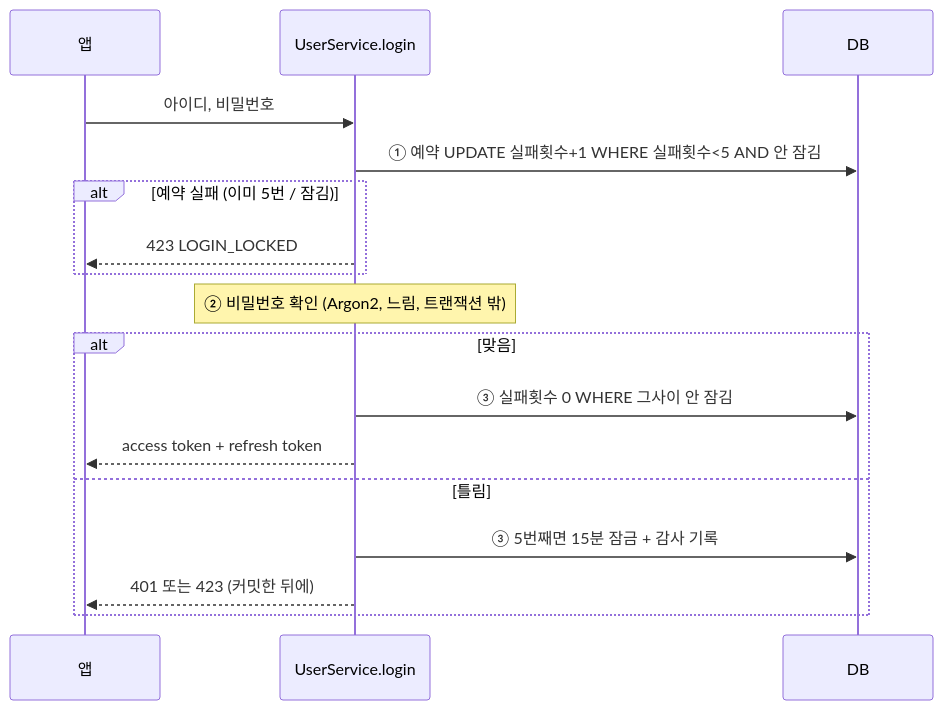
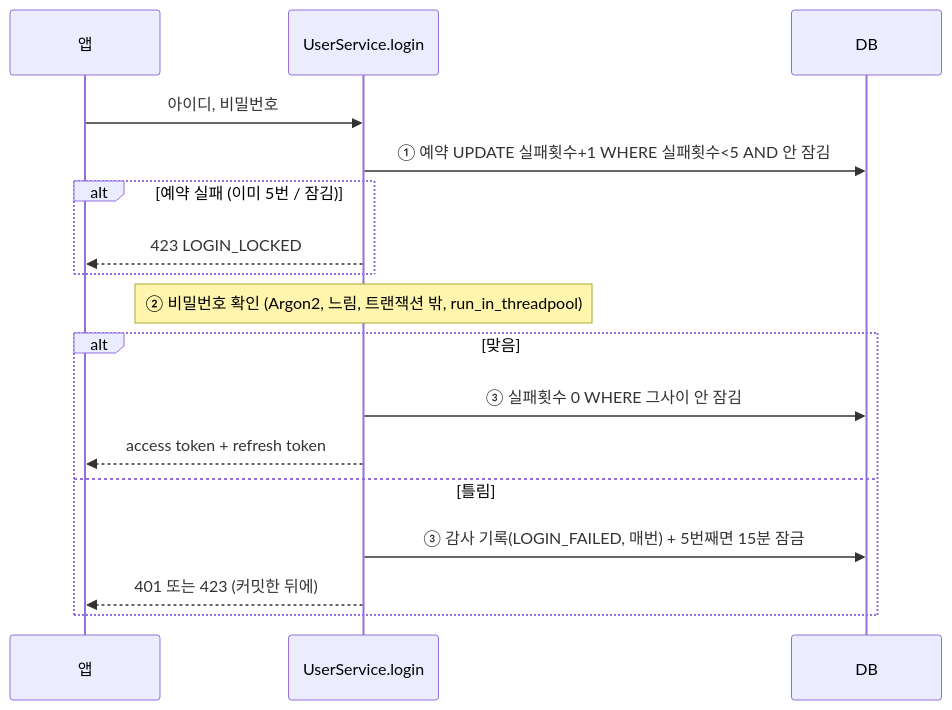
The diagram in docs/guides/02-auth.md (noviz-domino/avengers-bank-noviz), drawn with Mermaid before and after one commit. The commit also changed other lines of this file and 5 other files, not shown here.

````diff
--- a/docs/guides/02-auth.md
+++ b/docs/guides/02-auth.md
@@ -22,19 +22,19 @@
 ```mermaid
 sequenceDiagram
     participant C as 앱
     participant S as UserService.login
     participant DB
     C->>S: 아이디, 비밀번호
     S->>DB: ① 예약 UPDATE 실패횟수+1 WHERE 실패횟수<5 AND 안 잠김
     alt 예약 실패 (이미 5번 / 잠김)
         S-->>C: 423 LOGIN_LOCKED
     end
-    Note over S: ② 비밀번호 확인 (Argon2, 느림, 트랜잭션 밖)
+    Note over S: ② 비밀번호 확인 (Argon2, 느림, 트랜잭션 밖, run_in_threadpool)
     alt 맞음
         S->>DB: ③ 실패횟수 0 WHERE 그사이 안 잠김
         S-->>C: access token + refresh token
     else 틀림
-        S->>DB: ③ 5번째면 15분 잠금 + 감사 기록
+        S->>DB: ③ 감사 기록(LOGIN_FAILED, 매번) + 5번째면 15분 잠금
         S-->>C: 401 또는 423 (커밋한 뒤에)
     end
 ```
````
